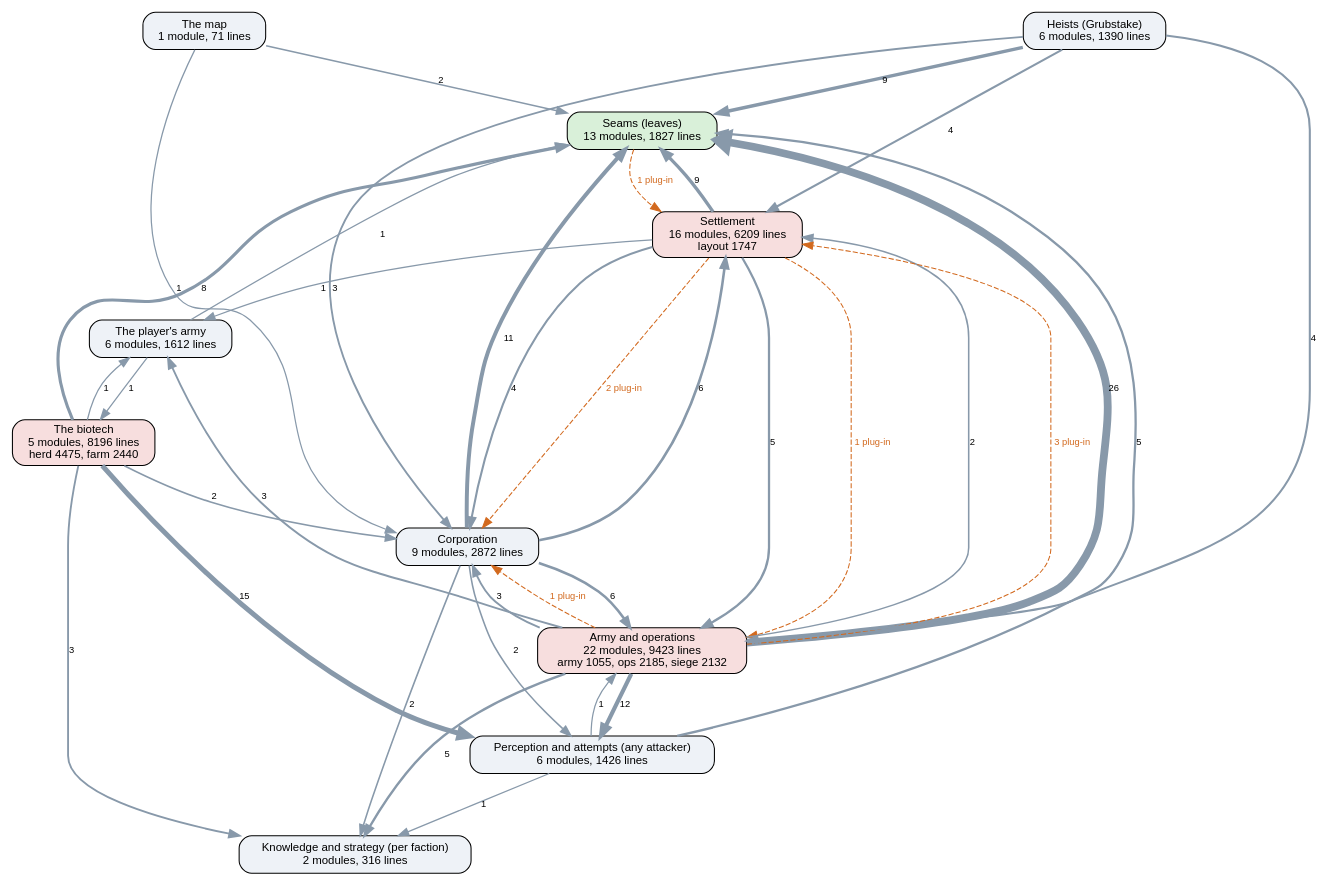
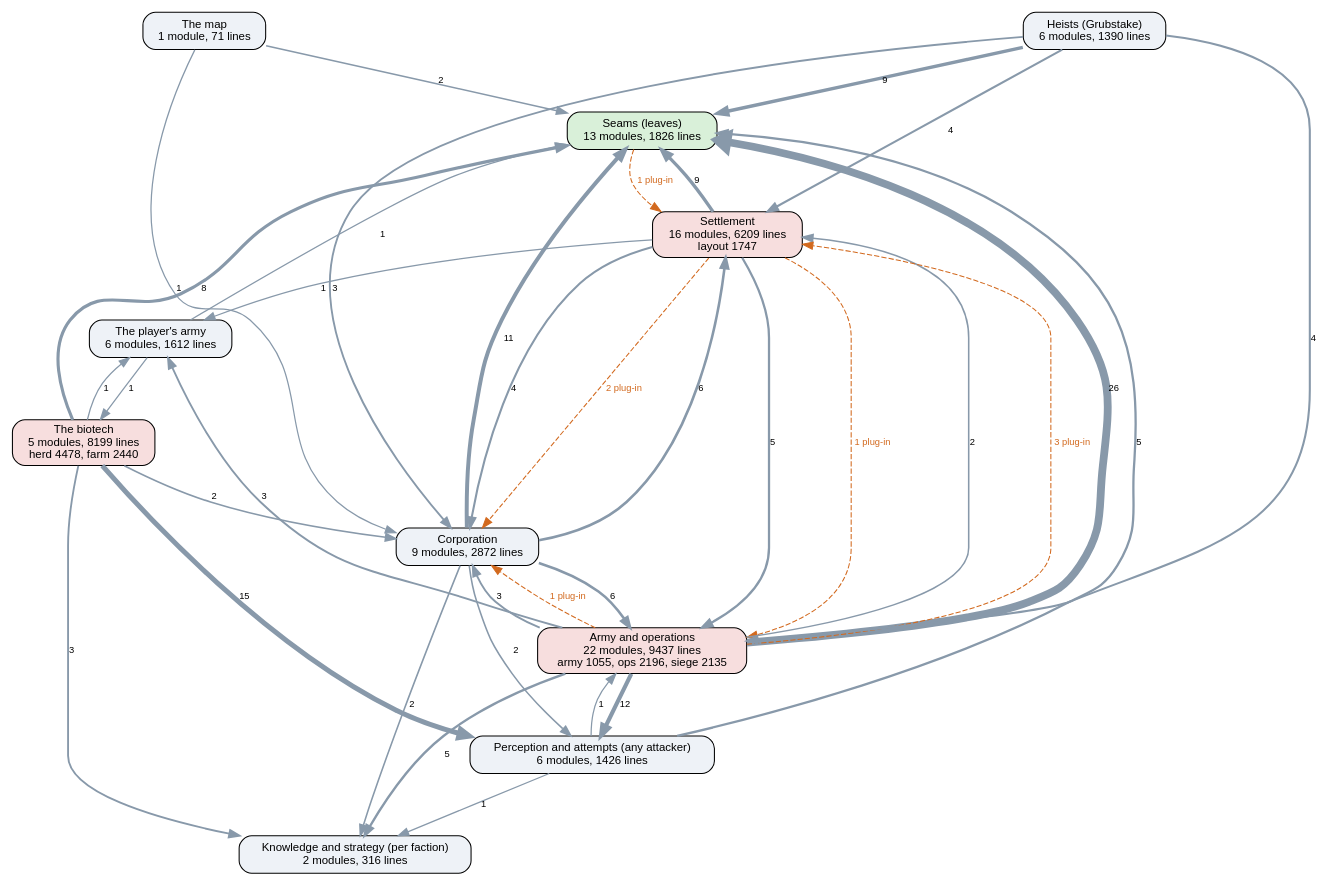
One commit to kinelhu/landing-party changed the diagram in docs/ai-layers.dot. Above: the diagram before and after it, drawn with Graphviz. The commit also changed 17 other files, not shown here.

```diff
--- a/docs/ai-layers.dot
+++ b/docs/ai-layers.dot
@@ -1,51 +1,51 @@
 digraph layers {
   graph [rankdir=TB, fontname="Helvetica", nodesep=0.5, ranksep=0.7];
   node [shape=box, style="rounded,filled", fontname="Helvetica", fontsize=11, fillcolor="#eef2f7"];
   edge [color="#8899aa", fontname="Helvetica", fontsize=9];
-  "Seams (leaves)" [label="Seams (leaves)\n13 modules, 1827 lines", fillcolor="#d9f0d9"];
+  "Seams (leaves)" [label="Seams (leaves)\n13 modules, 1826 lines", fillcolor="#d9f0d9"];
   "Perception and attempts (any attacker)" [label="Perception and attempts (any attacker)\n6 modules, 1426 lines", fillcolor="#eef2f7"];
   "Knowledge and strategy (per faction)" [label="Knowledge and strategy (per faction)\n2 modules, 316 lines", fillcolor="#eef2f7"];
   "Corporation" [label="Corporation\n9 modules, 2872 lines", fillcolor="#eef2f7"];
   "Settlement" [label="Settlement\n16 modules, 6209 lines\nlayout 1747", fillcolor="#f7dede"];
-  "Army and operations" [label="Army and operations\n22 modules, 9423 lines\narmy 1055, ops 2185, siege 2132", fillcolor="#f7dede"];
+  "Army and operations" [label="Army and operations\n22 modules, 9437 lines\narmy 1055, ops 2196, siege 2135", fillcolor="#f7dede"];
   "Heists (Grubstake)" [label="Heists (Grubstake)\n6 modules, 1390 lines", fillcolor="#eef2f7"];
-  "The biotech" [label="The biotech\n5 modules, 8196 lines\nherd 4475, farm 2440", fillcolor="#f7dede"];
+  "The biotech" [label="The biotech\n5 modules, 8199 lines\nherd 4478, farm 2440", fillcolor="#f7dede"];
   "The map" [label="The map\n1 module, 71 lines", fillcolor="#eef2f7"];
   "The player's army" [label="The player's army\n6 modules, 1612 lines", fillcolor="#eef2f7"];
   "Army and operations" -> "Corporation" [label="3", penwidth=1.8];
   "Army and operations" -> "Knowledge and strategy (per faction)" [label="5", penwidth=2.2];
   "Army and operations" -> "Perception and attempts (any attacker)" [label="12", penwidth=4.0];
   "Army and operations" -> "Seams (leaves)" [label="26", penwidth=7.5];
   "Army and operations" -> "Settlement" [label="2", penwidth=1.5];
   "Army and operations" -> "The player's army" [label="3", penwidth=1.8];
   "Corporation" -> "Army and operations" [label="6", penwidth=2.5];
   "Corporation" -> "Knowledge and strategy (per faction)" [label="2", penwidth=1.5];
   "Corporation" -> "Perception and attempts (any attacker)" [label="2", penwidth=1.5];
   "Corporation" -> "Seams (leaves)" [label="11", penwidth=3.8];
   "Corporation" -> "Settlement" [label="6", penwidth=2.5];
   "Heists (Grubstake)" -> "Army and operations" [label="4", penwidth=2.0];
   "Heists (Grubstake)" -> "Corporation" [label="3", penwidth=1.8];
   "Heists (Grubstake)" -> "Seams (leaves)" [label="9", penwidth=3.2];
   "Heists (Grubstake)" -> "Settlement" [label="4", penwidth=2.0];
   "Perception and attempts (any attacker)" -> "Army and operations" [label="1", penwidth=1.2];
   "Perception and attempts (any attacker)" -> "Knowledge and strategy (per faction)" [label="1", penwidth=1.2];
   "Perception and attempts (any attacker)" -> "Seams (leaves)" [label="5", penwidth=2.2];
   "Settlement" -> "Army and operations" [label="5", penwidth=2.2];
   "Settlement" -> "Corporation" [label="4", penwidth=2.0];
   "Settlement" -> "Seams (leaves)" [label="9", penwidth=3.2];
   "Settlement" -> "The player's army" [label="1", penwidth=1.2];
   "The biotech" -> "Corporation" [label="2", penwidth=1.5];
   "The biotech" -> "Knowledge and strategy (per faction)" [label="3", penwidth=1.8];
   "The biotech" -> "Perception and attempts (any attacker)" [label="15", penwidth=4.8];
   "The biotech" -> "Seams (leaves)" [label="8", penwidth=3.0];
   "The biotech" -> "The player's army" [label="1", penwidth=1.2];
   "The map" -> "Corporation" [label="1", penwidth=1.2];
   "The map" -> "Seams (leaves)" [label="2", penwidth=1.5];
   "The player's army" -> "Seams (leaves)" [label="1", penwidth=1.2];
   "The player's army" -> "The biotech" [label="1", penwidth=1.2];
   "Army and operations" -> "Corporation" [style=dashed, color="#d2691e", fontcolor="#d2691e", label="1 plug-in"];
   "Army and operations" -> "Settlement" [style=dashed, color="#d2691e", fontcolor="#d2691e", label="3 plug-in"];
   "Seams (leaves)" -> "Settlement" [style=dashed, color="#d2691e", fontcolor="#d2691e", label="1 plug-in"];
   "Settlement" -> "Army and operations" [style=dashed, color="#d2691e", fontcolor="#d2691e", label="1 plug-in"];
   "Settlement" -> "Corporation" [style=dashed, color="#d2691e", fontcolor="#d2691e", label="2 plug-in"];
 }
```
